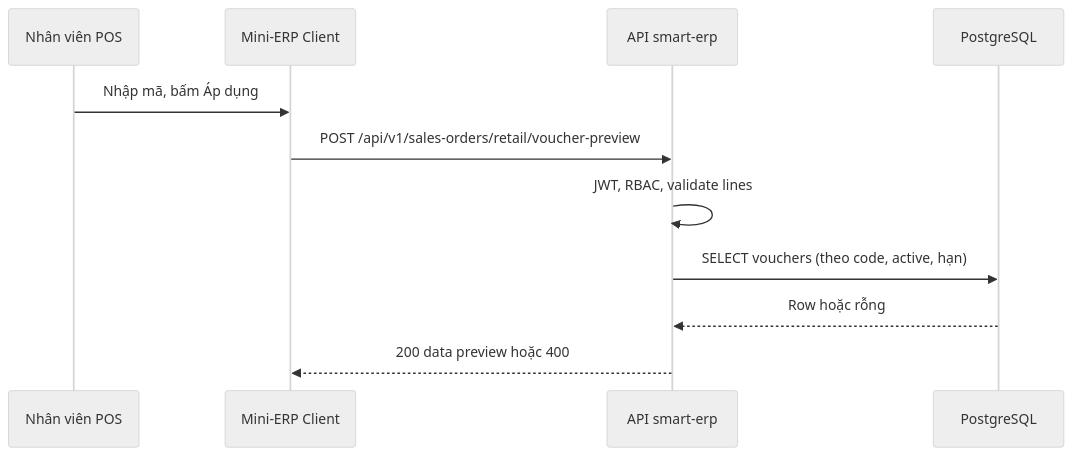
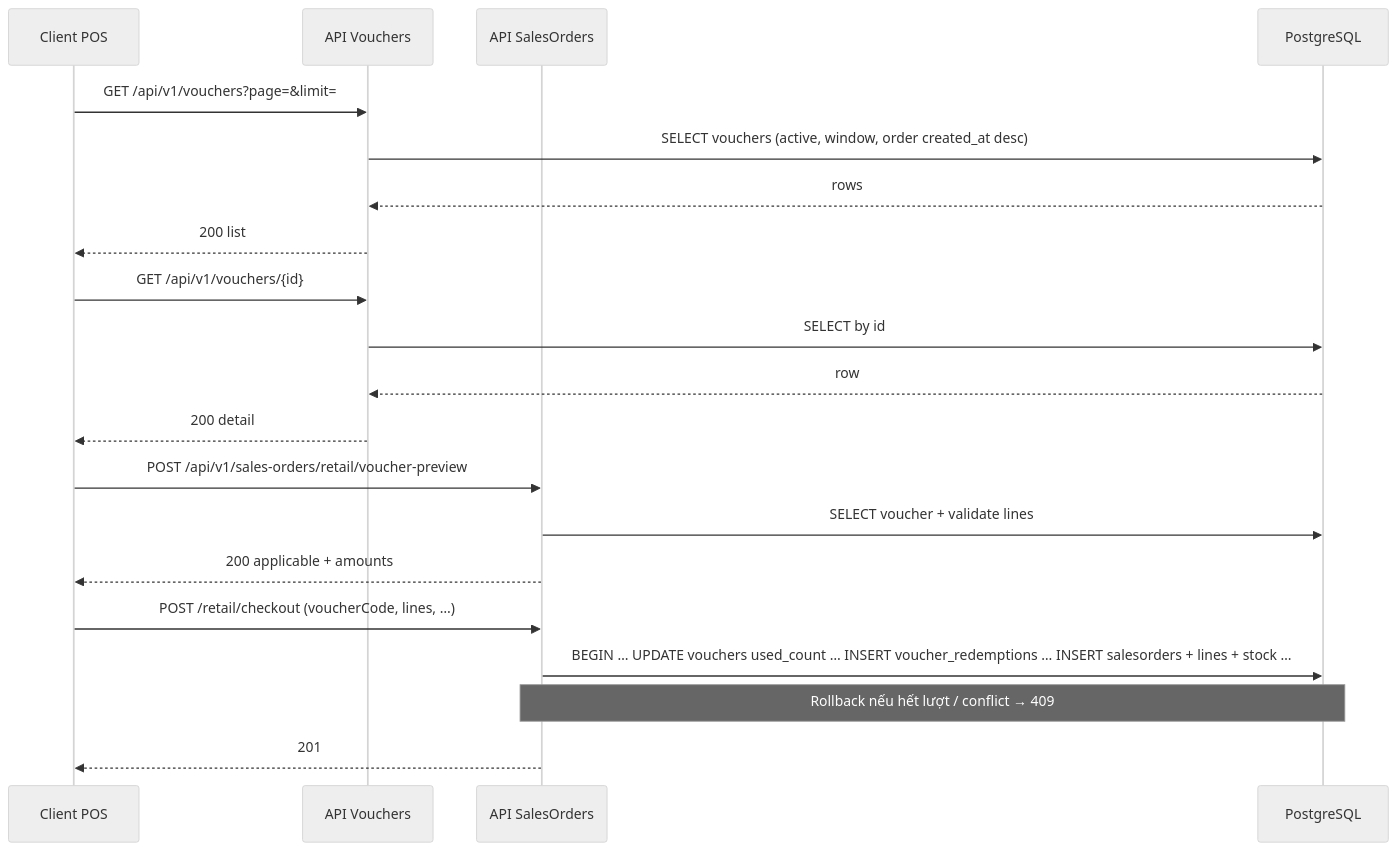
Before and after one commit to datqn123/Smart-ERP: the diagram in backend/docs/srs/SRS_Task092_uc9-retail-voucher-preview.md, drawn with Mermaid (neutral theme). The commit also changed other lines of this file and 44 other files, not shown here.

````diff
--- a/backend/docs/srs/SRS_Task092_uc9-retail-voucher-preview.md
+++ b/backend/docs/srs/SRS_Task092_uc9-retail-voucher-preview.md
@@ -158,13 +182,22 @@
 ```mermaid
 sequenceDiagram
-  participant U as Nhân viên POS
-  participant C as Mini-ERP Client
-  participant A as API smart-erp
+  participant C as Client POS
+  participant V as API Vouchers
+  participant S as API SalesOrders
   participant D as PostgreSQL
-  U->>C: Nhập mã, bấm Áp dụng
-  C->>A: POST /api/v1/sales-orders/retail/voucher-preview
-  A->>A: JWT, RBAC, validate lines
-  A->>D: SELECT vouchers (theo code, active, hạn)
-  D-->>A: Row hoặc rỗng
-  A-->>C: 200 data preview hoặc 400
+  C->>V: GET /api/v1/vouchers?page=&limit=
+  V->>D: SELECT vouchers (active, window, order created_at desc)
+  D-->>V: rows
+  V-->>C: 200 list
+  C->>V: GET /api/v1/vouchers/{id}
+  V->>D: SELECT by id
+  D-->>V: row
+  V-->>C: 200 detail
+  C->>S: POST /api/v1/sales-orders/retail/voucher-preview
+  S->>D: SELECT voucher + validate lines
+  S-->>C: 200 applicable + amounts
+  C->>S: POST /retail/checkout (voucherCode, lines, …)
+  S->>D: BEGIN … UPDATE vouchers used_count … INSERT voucher_redemptions … INSERT salesorders + lines + stock …
+  Note over S,D: Rollback nếu hết lượt / conflict → 409
+  S-->>C: 201
 ```
````
